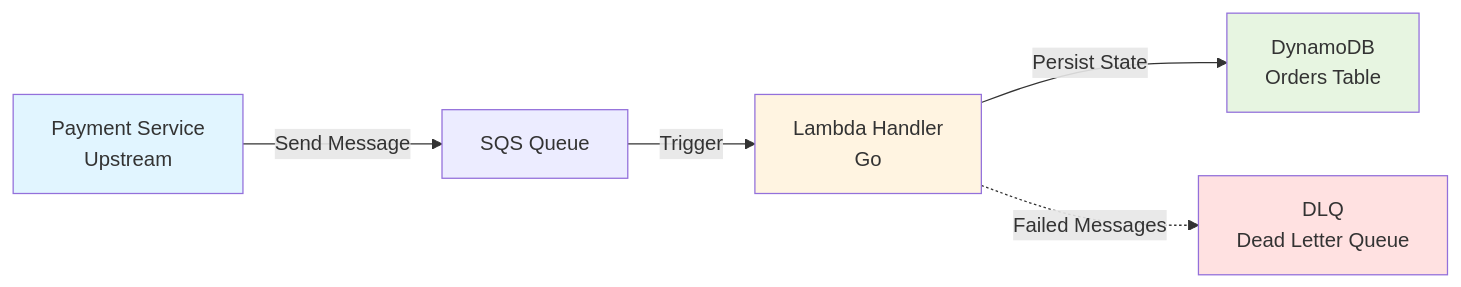
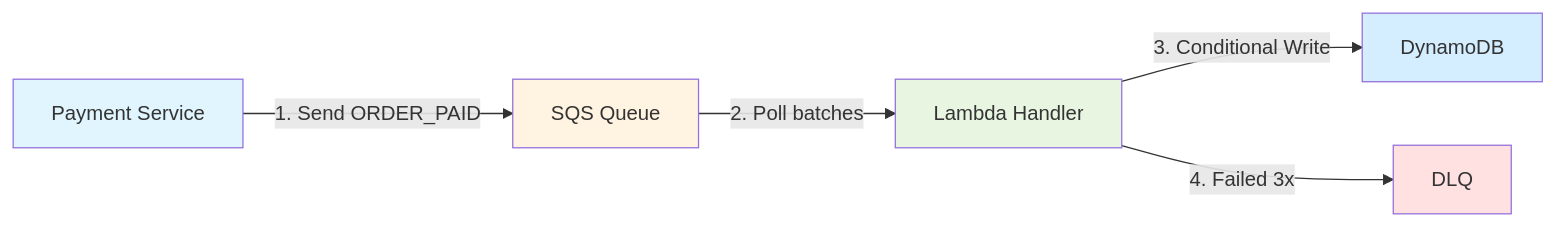
One commit to qianxusheng/fulfillment-service changed the second of 2 diagrams in README.md. Above: the diagram before and after it, drawn with Mermaid. The commit also changed other lines of this file, not shown here.

````diff
--- a/README.md
+++ b/README.md
@@ -21,12 +72,13 @@
 ```mermaid
 graph LR
-    A[Payment Service<br/>Upstream] -->|Send Message| B[SQS Queue]
-    B -->|Trigger| C[Lambda Handler<br/>Go]
-    C -->|Persist State| D[DynamoDB<br/>Orders Table]
-    C -.->|Failed Messages| E[DLQ<br/>Dead Letter Queue]
+    A[Payment Service] -->|1. Send ORDER_PAID| B[SQS Queue]
+    B -->|2. Poll batches| C[Lambda Handler]
+    C -->|3. Conditional Write| D[DynamoDB]
+    C -->|4. Failed 3x| E[DLQ]
 
     style A fill:#e1f5ff
-    style C fill:#fff4e1
-    style D fill:#e7f5e1
+    style B fill:#fff4e1
+    style C fill:#e7f5e1
+    style D fill:#d4edff
     style E fill:#ffe1e1
 ```
````
